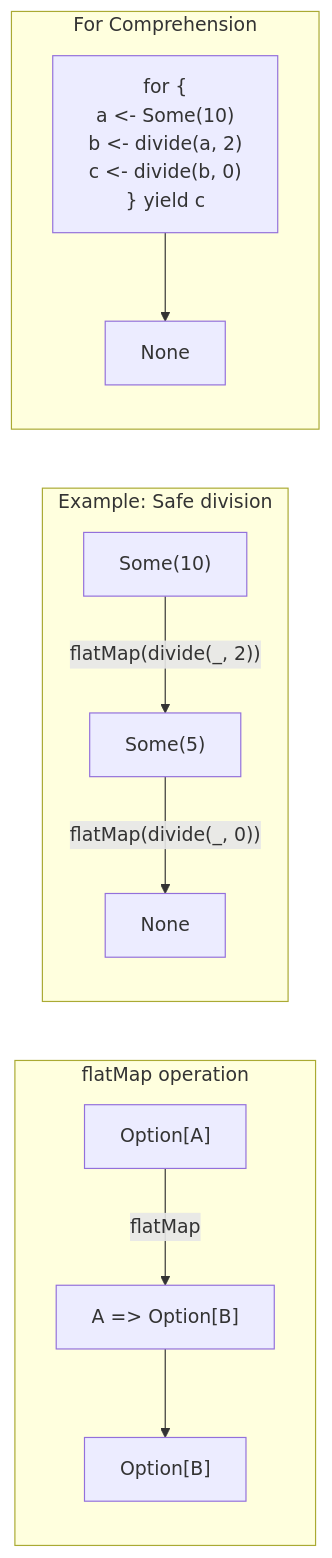
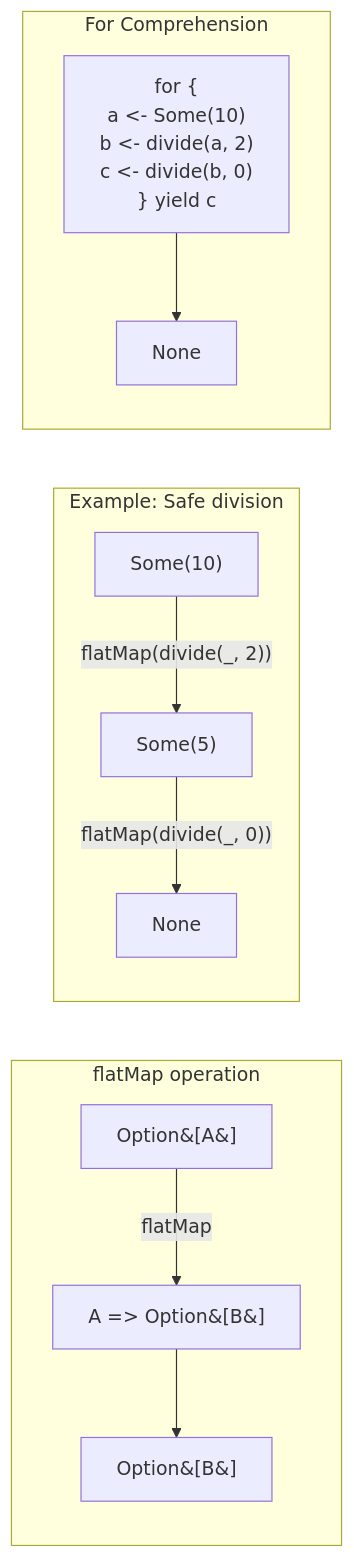
The diagram in content/en/docs/scala/concepts/functional-patterns.md (advanced-beginner/advanced-beginner.github.io), drawn with Mermaid before and after one commit. The commit also changed other lines of this file and 30 other files, not shown here.

````diff
--- a/content/en/docs/scala/concepts/functional-patterns.md
+++ b/content/en/docs/scala/concepts/functional-patterns.md
@@ -110,18 +151,18 @@
 ```mermaid
 flowchart LR
     subgraph "flatMap operation"
-        A["Option#91;A#93;"] -->|"flatMap"| F["A => Option#91;B#93;"]
-        F --> B["Option#91;B#93;"]
+        A["Option&#91;A&#93;"] -->|"flatMap"| F["A => Option&#91;B&#93;"]
+        F --> B["Option&#91;B&#93;"]
     end
 
     subgraph "Example: Safe division"
         S1["Some(10)"] -->|"flatMap(divide(_, 2))"| S2["Some(5)"]
         S2 -->|"flatMap(divide(_, 0))"| N["None"]
     end
 
     subgraph "For Comprehension"
         FC["for {<br>  a <- Some(10)<br>  b <- divide(a, 2)<br>  c <- divide(b, 0)<br>} yield c"]
         Result["None"]
         FC --> Result
     end
 ```
````
